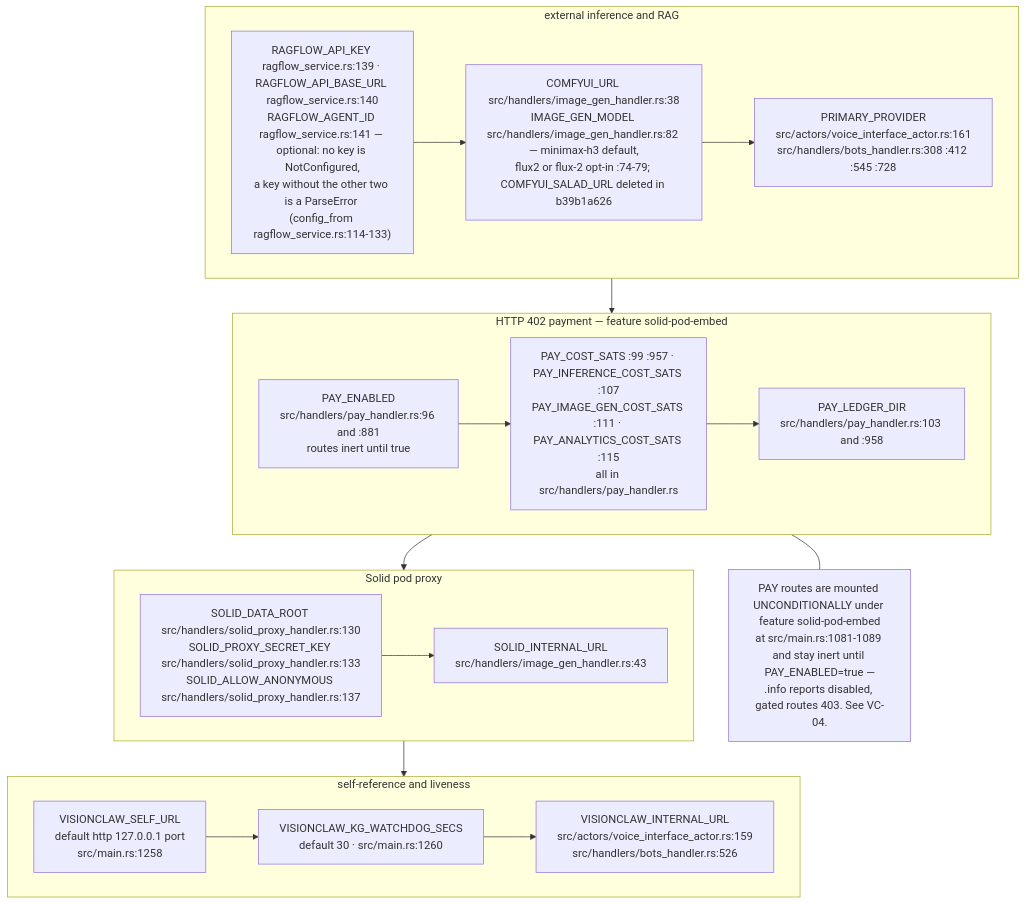
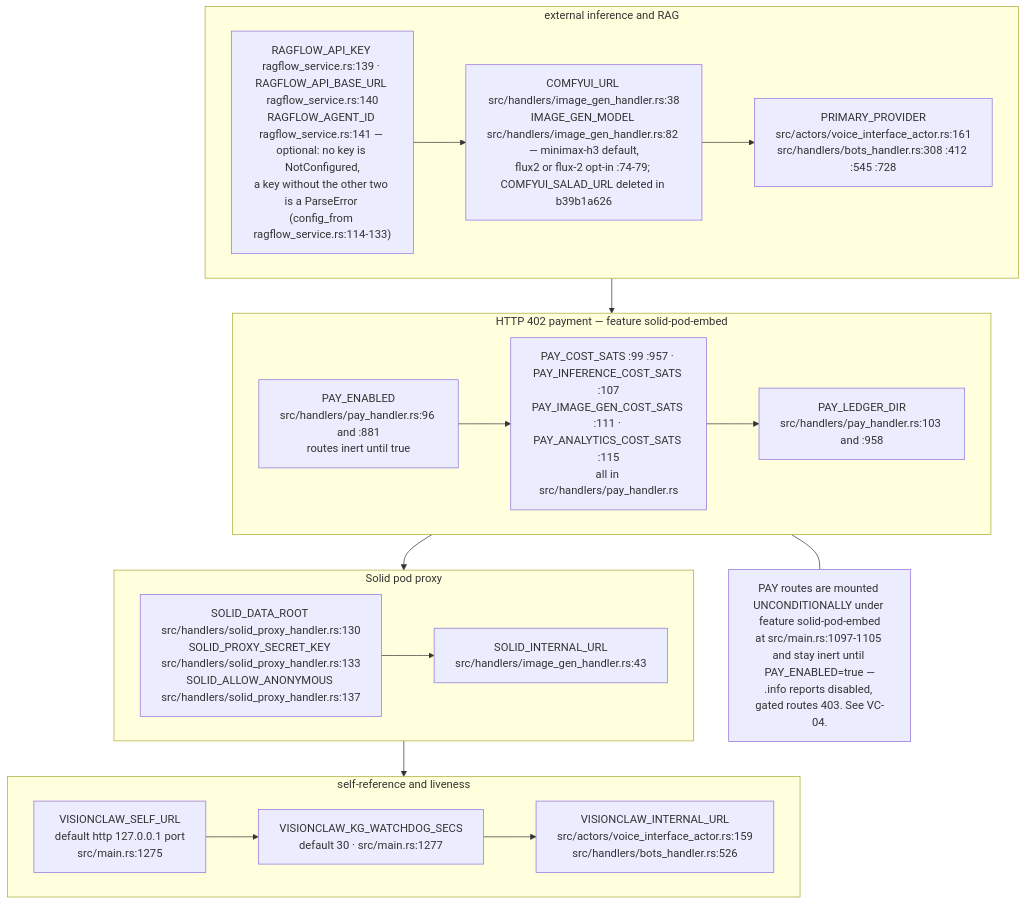
Before and after one commit to DreamLab-AI/VisionFlow: diagram 13 of 16 in docs/diagrams/visionclaw/09-config-and-env-flags.md, drawn with Mermaid. The commit also changed other lines of this file and 160 other files, not shown here.

````diff
--- a/docs/diagrams/visionclaw/09-config-and-env-flags.md
+++ b/docs/diagrams/visionclaw/09-config-and-env-flags.md
@@ -496,18 +500,18 @@
 ```mermaid
 flowchart TB
     subgraph EXT["external inference and RAG"]
         X1["RAGFLOW_API_KEY ragflow_service.rs:139 · RAGFLOW_API_BASE_URL ragflow_service.rs:140<br/>RAGFLOW_AGENT_ID ragflow_service.rs:141 — optional: no key is NotConfigured,<br/>a key without the other two is a ParseError (config_from ragflow_service.rs:114-133)"] --> X2["COMFYUI_URL src/handlers/image_gen_handler.rs:38<br/>IMAGE_GEN_MODEL src/handlers/image_gen_handler.rs:82 — minimax-h3 default,<br/>flux2 or flux-2 opt-in :74-79; COMFYUI_SALAD_URL deleted in b39b1a626"] --> X3["PRIMARY_PROVIDER<br/>src/actors/voice_interface_actor.rs:161<br/>src/handlers/bots_handler.rs:308 :412 :545 :728"]
     end
     subgraph PAY["HTTP 402 payment — feature solid-pod-embed"]
         P1["PAY_ENABLED<br/>src/handlers/pay_handler.rs:96 and :881<br/>routes inert until true"] --> P2["PAY_COST_SATS :99 :957 · PAY_INFERENCE_COST_SATS :107<br/>PAY_IMAGE_GEN_COST_SATS :111 · PAY_ANALYTICS_COST_SATS :115<br/>all in src/handlers/pay_handler.rs"] --> P3["PAY_LEDGER_DIR<br/>src/handlers/pay_handler.rs:103 and :958"]
     end
     subgraph SOLID["Solid pod proxy"]
         O1["SOLID_DATA_ROOT src/handlers/solid_proxy_handler.rs:130<br/>SOLID_PROXY_SECRET_KEY src/handlers/solid_proxy_handler.rs:133<br/>SOLID_ALLOW_ANONYMOUS src/handlers/solid_proxy_handler.rs:137"] --> O2["SOLID_INTERNAL_URL<br/>src/handlers/image_gen_handler.rs:43"]
     end
     subgraph SELF["self-reference and liveness"]
-        F1["VISIONCLAW_SELF_URL<br/>default http 127.0.0.1 port<br/>src/main.rs:1258"] --> F2["VISIONCLAW_KG_WATCHDOG_SECS<br/>default 30 · src/main.rs:1260"] --> F3["VISIONCLAW_INTERNAL_URL<br/>src/actors/voice_interface_actor.rs:159<br/>src/handlers/bots_handler.rs:526"]
+        F1["VISIONCLAW_SELF_URL<br/>default http 127.0.0.1 port<br/>src/main.rs:1275"] --> F2["VISIONCLAW_KG_WATCHDOG_SECS<br/>default 30 · src/main.rs:1277"] --> F3["VISIONCLAW_INTERNAL_URL<br/>src/actors/voice_interface_actor.rs:159<br/>src/handlers/bots_handler.rs:526"]
     end
     EXT --> PAY --> SOLID --> SELF
-    N5["PAY routes are mounted UNCONDITIONALLY under feature solid-pod-embed<br/>at src/main.rs:1081-1089 and stay inert until PAY_ENABLED=true —<br/>.info reports disabled, gated routes 403. See VC-04."]
+    N5["PAY routes are mounted UNCONDITIONALLY under feature solid-pod-embed<br/>at src/main.rs:1097-1105 and stay inert until PAY_ENABLED=true —<br/>.info reports disabled, gated routes 403. See VC-04."]
     PAY --- N5
 ```
````
